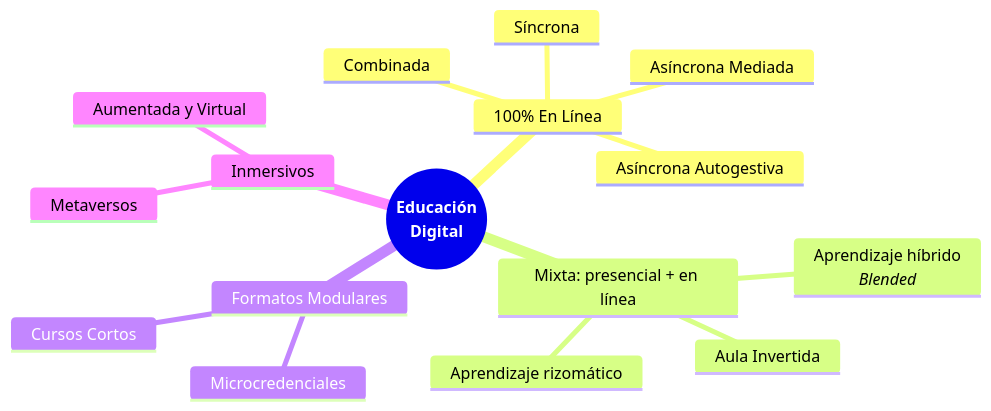
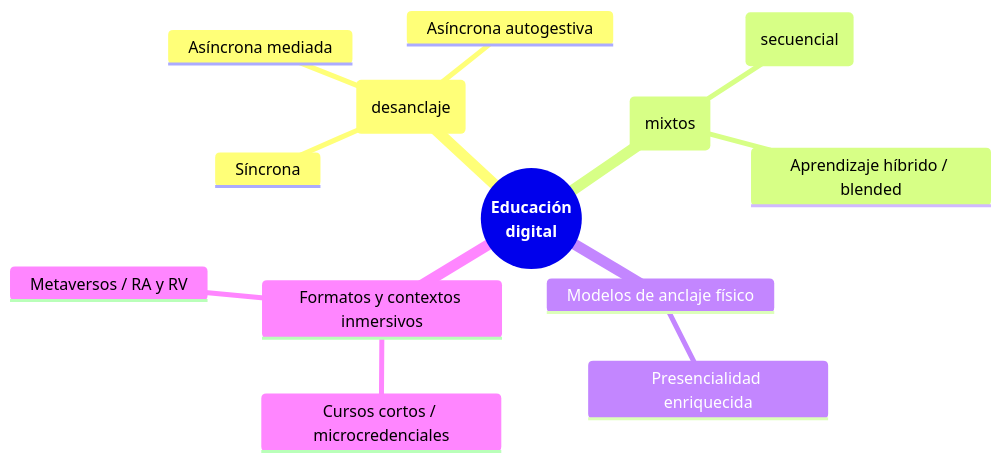
Before and after one commit to arqueon/aprendizaje-ia: the second of 2 diagrams in content/ia-educacion/que-es-la-educacion-digital/index.md, drawn with Mermaid. The commit also changed other lines of this file and 1 other file, not shown here.

Commit message:
feat: add .clinerules for style and formatting, and update content/ia-educacion/que-es-la-educacion-digital/index.md to align with new guidelines

```diff
--- a/content/ia-educacion/que-es-la-educacion-digital/index.md
+++ b/content/ia-educacion/que-es-la-educacion-digital/index.md
@@ -110,19 +134,16 @@
 {{< mermaid >}}
 mindmap
-  root((**Educación<br/> Digital**))
-    100% En Línea
+  root((**Educación<br/> digital**))
+    100% en línea (desanclaje)
       Síncrona
-      Asíncrona Autogestiva
-      Asíncrona Mediada
-      Combinada
-    Mixta: presencial + en línea
-      Aula Invertida
-      Aprendizaje híbrido<br/>*Blended*
-      Aprendizaje rizomático
-    Formatos Modulares
-      Microcredenciales
-      Cursos Cortos
-    Inmersivos
-      Aumentada y Virtual 
-      Metaversos 
+      Asíncrona autogestiva
+      Asíncrona mediada
+    Modelos de convergencia (mixtos)
+      Aula invertida (secuencial)
+      Aprendizaje híbrido / blended
+    Modelos de anclaje físico
+      Presencialidad enriquecida
+    Formatos y contextos inmersivos
+      Cursos cortos / microcredenciales
+      Metaversos / RA y RV
 {{< /mermaid >}}
```
